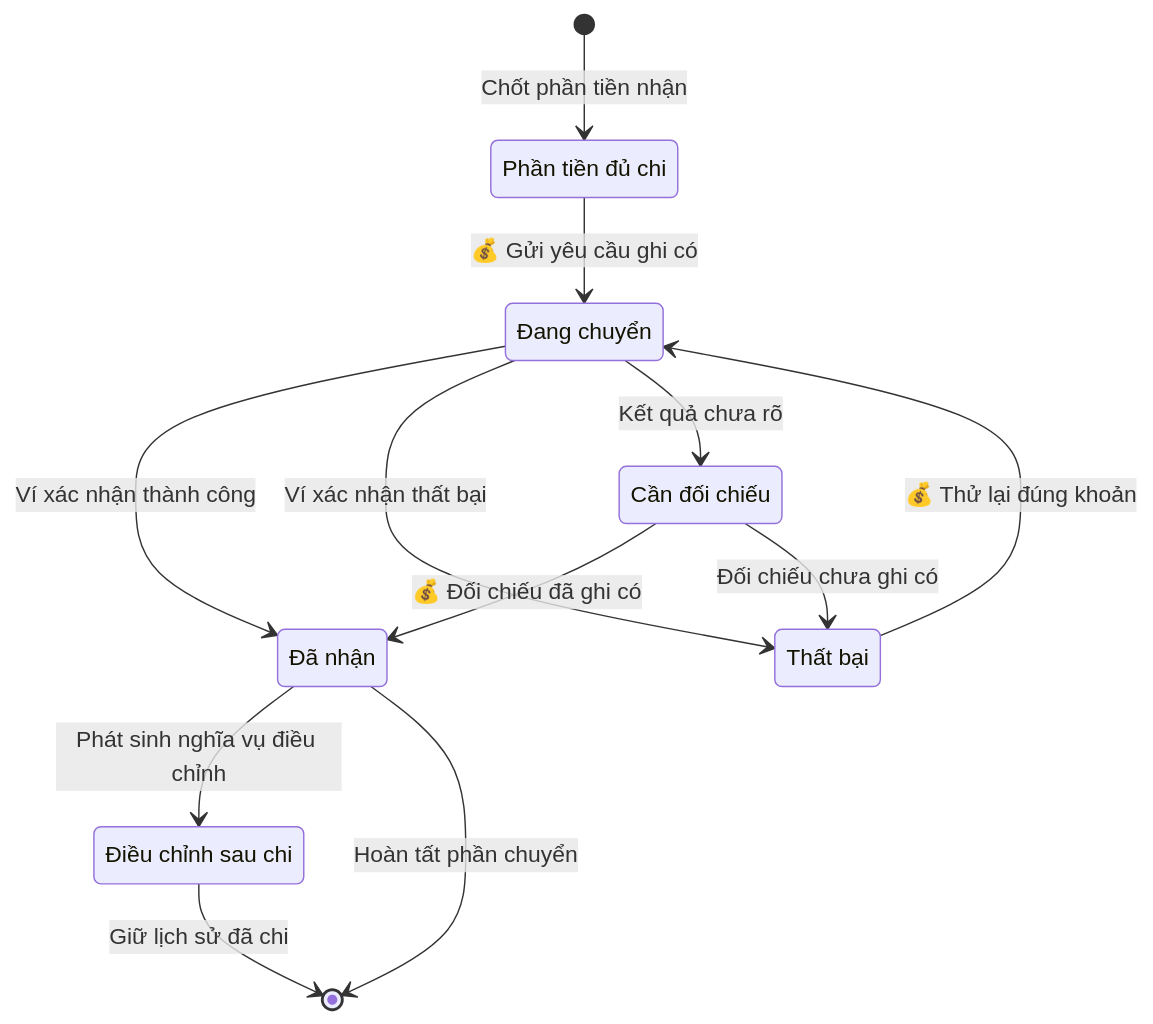
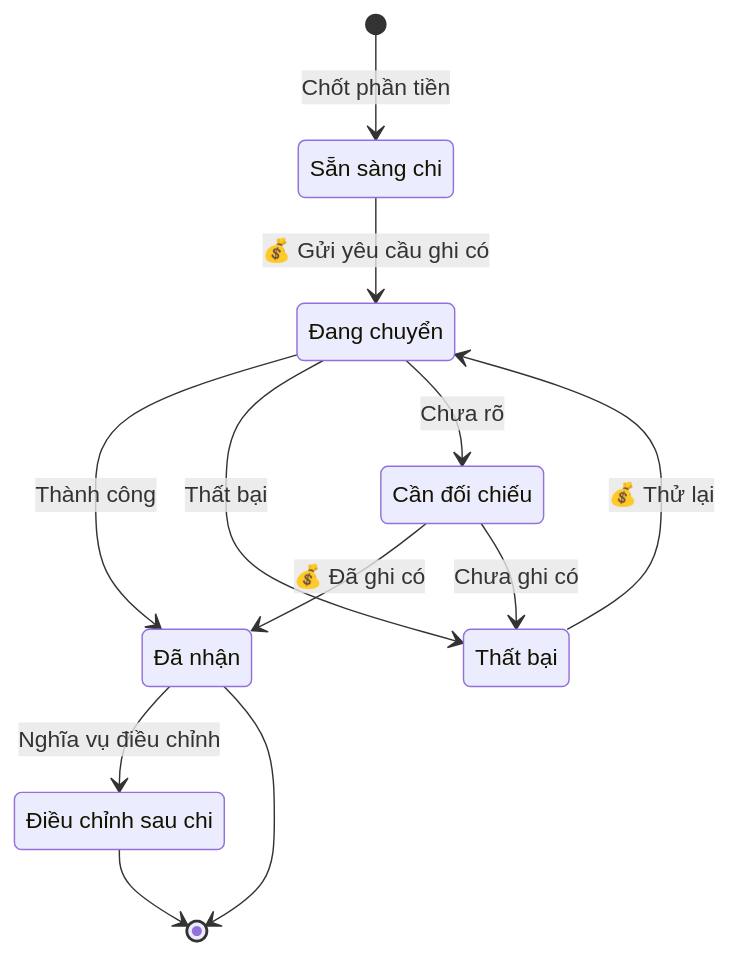
The tenth of 10 diagrams in nexora/docs/business/oneqr-sponsor-override.md (vlink-group/VlinkPay), drawn with Mermaid before and after one commit. The commit also changed other lines of this file, not shown here.

````diff
--- a/nexora/docs/business/oneqr-sponsor-override.md
+++ b/nexora/docs/business/oneqr-sponsor-override.md
@@ -443,20 +467,20 @@
 ```mermaid
 stateDiagram-v2
-    state "Phần tiền đủ chi" as Ready
+    state "Sẵn sàng chi" as Ready
     state "Đang chuyển" as Processing
     state "Cần đối chiếu" as Reconciling
     state "Thất bại" as Failed
     state "Đã nhận" as Paid
     state "Điều chỉnh sau chi" as Adjustment
-    [*] --> Ready : Chốt phần tiền nhận
+    [*] --> Ready : Chốt phần tiền
     Ready --> Processing : 💰 Gửi yêu cầu ghi có
-    Processing --> Paid : Ví xác nhận thành công
-    Processing --> Failed : Ví xác nhận thất bại
-    Processing --> Reconciling : Kết quả chưa rõ
-    Reconciling --> Paid : 💰 Đối chiếu đã ghi có
-    Reconciling --> Failed : Đối chiếu chưa ghi có
-    Failed --> Processing : 💰 Thử lại đúng khoản
-    Paid --> Adjustment : Phát sinh nghĩa vụ điều chỉnh
-    Adjustment --> [*] : Giữ lịch sử đã chi
-    Paid --> [*] : Hoàn tất phần chuyển
+    Processing --> Paid : Thành công
+    Processing --> Failed : Thất bại
+    Processing --> Reconciling : Chưa rõ
+    Reconciling --> Paid : 💰 Đã ghi có
+    Reconciling --> Failed : Chưa ghi có
+    Failed --> Processing : 💰 Thử lại
+    Paid --> Adjustment : Nghĩa vụ điều chỉnh
+    Adjustment --> [*]
+    Paid --> [*]
 ```
````
